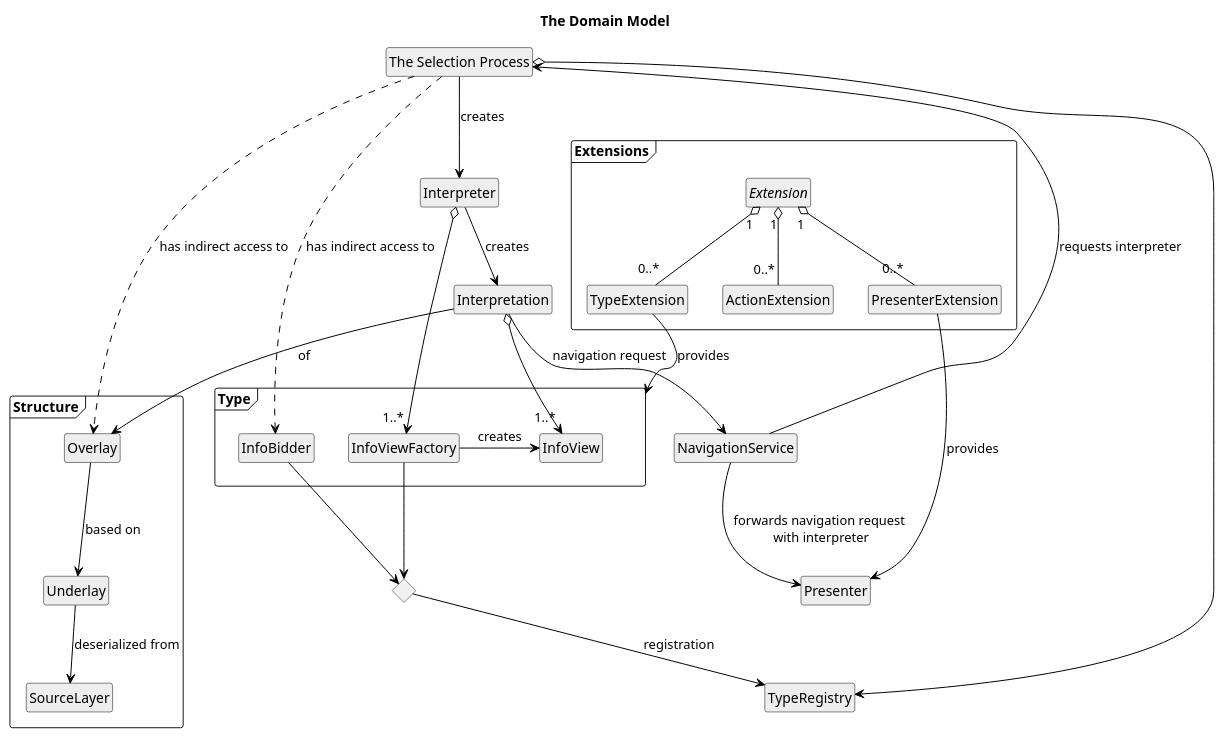
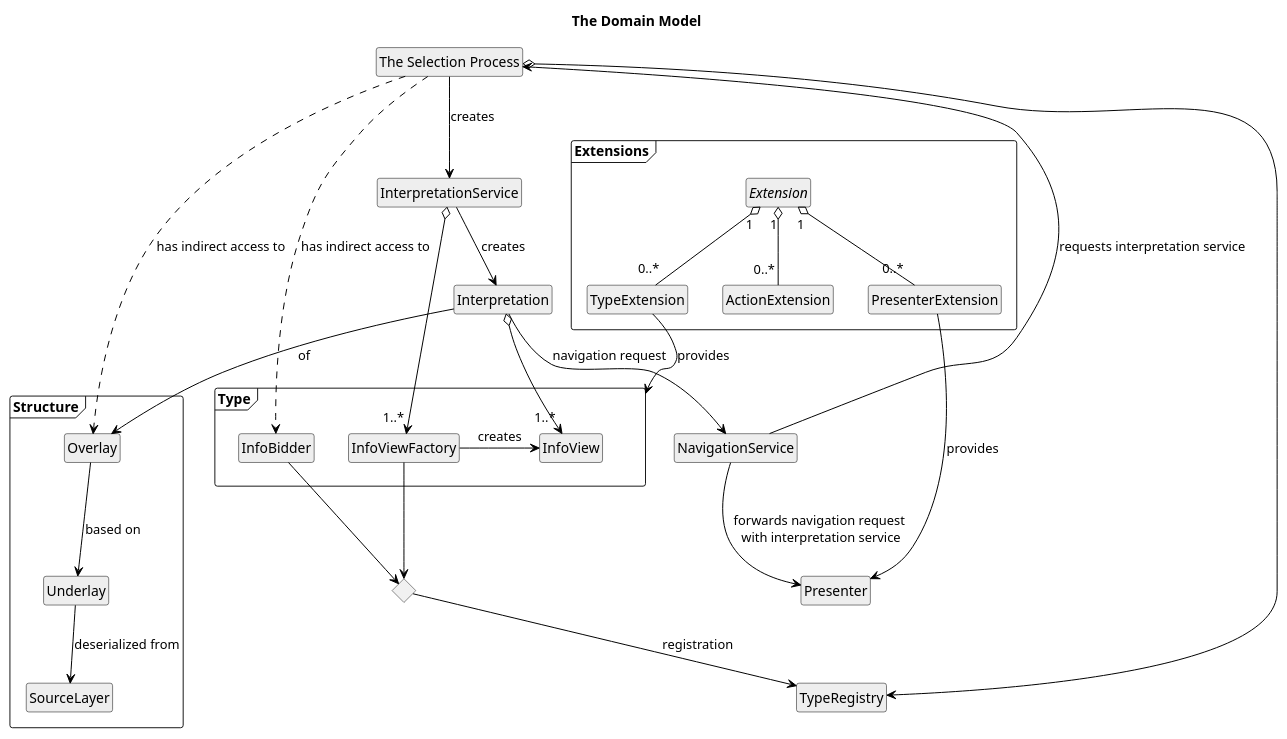
One commit to blackfennec-org/blackfennec changed the second of 2 diagrams in docs/source/documentation/domain_model.rst. Above: the diagram before and after it, drawn with PlantUML. The commit also changed 17 other files, not shown here.

Commit message:
Rename interpreter to interpretation service

```diff
--- a/docs/source/documentation/domain_model.rst
+++ b/docs/source/documentation/domain_model.rst
@@ -67,79 +67,79 @@
 .. uml::
 
     @startuml
 
     hide circle
     hide members
     hide methods
 
     skinparam class {
         BackgroundColor #EEE
         ArrowColor Black
         BorderColor Black
     }
 
     title The Domain Model
 
     class "The Selection Process" as tsp 
 
     package Structure <<Frame>> {
         class Overlay
         class Underlay
         class SourceLayer
 
         Overlay         -down->     Underlay        : based on
         Underlay        -down->     SourceLayer     : deserialized from
     }
     
     package Type <<Frame>> {
         class InfoBidder
         class InfoView
         class InfoViewFactory
         
         InfoViewFactory -> InfoView : creates
         'InfoBidder .[hidden]down.> InfoViewFactory
     }
 
     Class TypeRegistry
     <>    register_type
 
     InfoBidder          --> register_type
     InfoViewFactory     --> register_type
     register_type       --> TypeRegistry            : registration
 
     class Interpretation
-    class Interpreter
+    class InterpretationService
     class Presenter
 
-    Interpreter         o-->    "1..*"  InfoViewFactory
-    Interpreter         -->             Interpretation      : creates
-    'Interpreter         -->            Presenter
+    InterpretationService         o-->    "1..*"  InfoViewFactory
+    InterpretationService         -->             Interpretation      : creates
+    'InterpretationService         -->            Presenter
     Interpretation      o-->    "1..*"  InfoView
     Interpretation      -->             Overlay             : of
-    'Presenter           o..>    "0..*"  Interpreter
+    'Presenter           o..>    "0..*"  InterpretationService
     
     package Extensions <<Frame>> {
         abstract Extension
         class TypeExtension
         class ActionExtension
         class PresenterExtension
 
         Extension "1" o-- "0..*" TypeExtension
         Extension "1" o-- "0..*" ActionExtension
         Extension "1" o-- "0..*" PresenterExtension
 
         TypeExtension       -->     Type            : provides
         PresenterExtension  -->     Presenter       : provides
     }
 
     class NavigationService
     Interpretation      -->     NavigationService   : navigation request
-    NavigationService   -->     tsp                 : requests interpreter
-    NavigationService   -->     Presenter           : forwards navigation request \nwith interpreter
+    NavigationService   -->     tsp                 : requests interpretation service
+    NavigationService   -->     Presenter           : forwards navigation request \nwith interpretation service
 
     tsp                 o-->    TypeRegistry        
     tsp                 ..>     Overlay             : has indirect access to  
     tsp                 ..>     InfoBidder          : has indirect access to
-    tsp                 -->     Interpreter         : creates
+    tsp                 -->     InterpretationService         : creates
 
     @enduml
```
